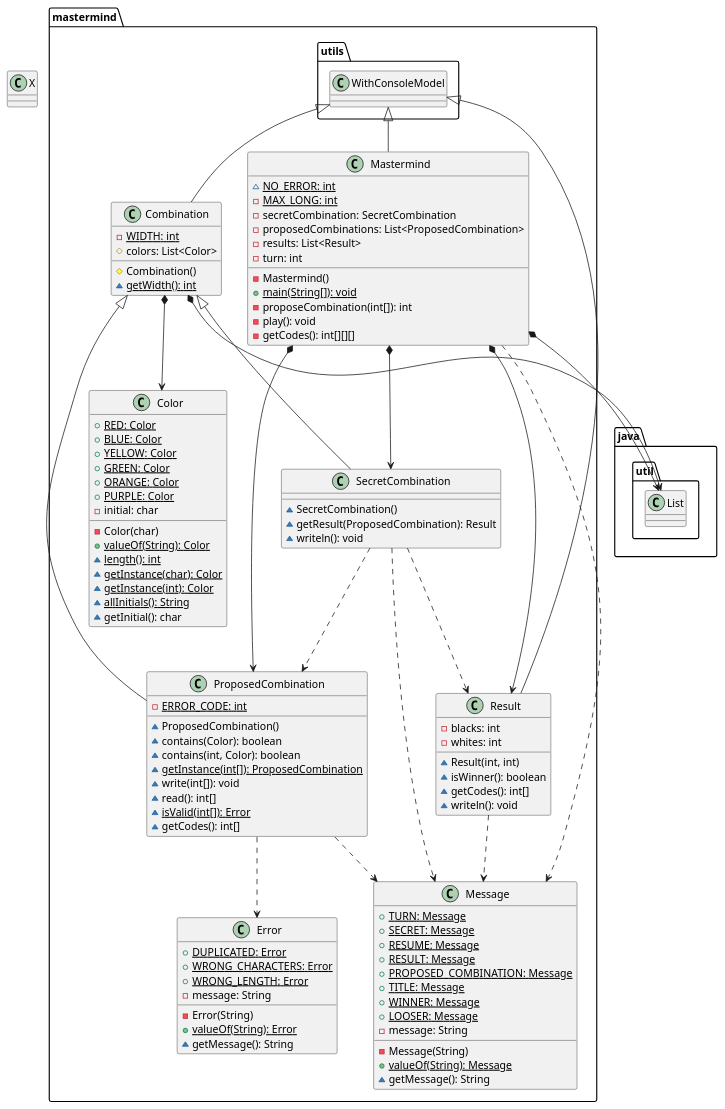
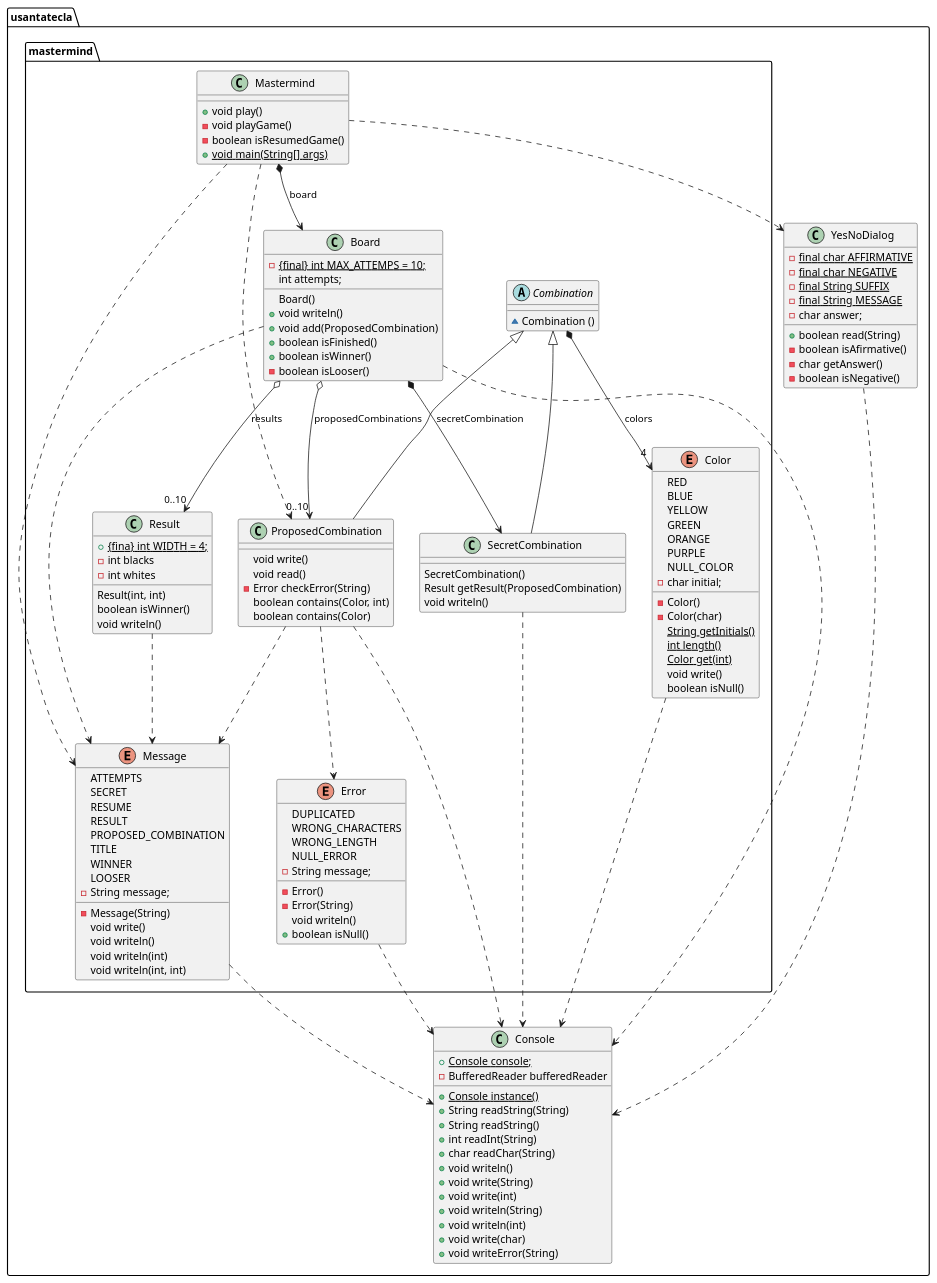
Before and after one commit to EscuelaIt/USantaTecla-game-mastermind-java: the second of 4 diagrams in docs/src/docs/asciidoc/index.adoc, drawn with PlantUML. The commit also changed other lines of this file and 8 other files, not shown here.

```diff
--- a/docs/src/docs/asciidoc/index.adoc
+++ b/docs/src/docs/asciidoc/index.adoc
@@ -50,114 +50,165 @@
 [plantuml,version1Mastermind,svg]
 ....
 
-class X
-
-class  mastermind.Color{
-+ {static} RED: Color
-+ {static} BLUE: Color
-+ {static} YELLOW: Color
-+ {static} GREEN: Color
-+ {static} ORANGE: Color
-+ {static} PURPLE: Color
-- initial: char
-- Color(char)
-+ {static} valueOf(String): Color
-~ {static} length(): int
-~ {static} getInstance(char): Color
-~ {static} getInstance(int): Color
-~ {static} allInitials(): String
-~ getInitial(): char
+package usantatecla.mastermind {
+class Mastermind {
+	+ void play()
+	- void playGame()
+	- boolean isResumedGame() 
+	+ {static} void main(String[] args)
 }
 
-class  mastermind.Combination{
-- {static} WIDTH: int
-# colors: List<Color>
-# Combination()
-~ {static} getWidth(): int
-}
-mastermind.utils.WithConsoleModel <|-down- mastermind.Combination
-mastermind.Combination *-down-> java.util.List
-mastermind.Combination *-down-> mastermind.Color
 
-class  mastermind.Error{
-+ {static} DUPLICATED: Error
-+ {static} WRONG_CHARACTERS: Error
-+ {static} WRONG_LENGTH: Error
-- message: String
-- Error(String)
-+ {static} valueOf(String): Error
-~ getMessage(): String
+class Board {
+  - {static} {final} int MAX_ATTEMPS = 10;
+  int attempts;
+  Board()
+  + void writeln()
+  + void add(ProposedCombination)
+  +  boolean isFinished()
+  + boolean isWinner()
+  - boolean isLooser()
 }
 
-class  mastermind.Mastermind{
-~ {static} NO_ERROR: int
-- {static} MAX_LONG: int
-- secretCombination: SecretCombination
-- proposedCombinations: List<ProposedCombination>
-- results: List<Result>
-- turn: int
-- Mastermind()
-+ {static} main(String[]): void
-- proposeCombination(int[]): int
-- play(): void
-- getCodes(): int[][][]
-}
-mastermind.utils.WithConsoleModel <|-down- mastermind.Mastermind
-mastermind.Mastermind *-down-> java.util.List
-mastermind.Mastermind *-down-> mastermind.ProposedCombination
-mastermind.Mastermind *-down-> mastermind.Result
-mastermind.Mastermind *-down-> mastermind.SecretCombination
-mastermind.Mastermind ..> mastermind.Message
-
-class  mastermind.Message{
-+ {static} TURN: Message
-+ {static} SECRET: Message
-+ {static} RESUME: Message
-+ {static} RESULT: Message
-+ {static} PROPOSED_COMBINATION: Message
-+ {static} TITLE: Message
-+ {static} WINNER: Message
-+ {static} LOOSER: Message
-- message: String
-- Message(String)
-+ {static} valueOf(String): Message
-~ getMessage(): String
+abstract class Combination {
+	~ Combination ()
 }
 
-class  mastermind.ProposedCombination{
-- {static} ERROR_CODE: int
-~ ProposedCombination()
-~ contains(Color): boolean
-~ contains(int, Color): boolean
-~ {static} getInstance(int[]): ProposedCombination
-~ write(int[]): void
-~ read(): int[]
-~ {static} isValid(int[]): Error
-~ getCodes(): int[]
+class SecretCombination {
+	SecretCombination() 
+	Result getResult(ProposedCombination)
+	void writeln()
 }
-mastermind.Combination <|-down- mastermind.ProposedCombination
-mastermind.ProposedCombination ..> mastermind.Error
-mastermind.ProposedCombination ..> mastermind.Message
+  
+class ProposedCombination {
+void write()
+	void read() 
+	- Error checkError(String)
+	boolean contains(Color, int) 
+	boolean contains(Color) 
+}
+  
+class Result{
++ {static} {fina} int WIDTH = 4;
+	- int blacks
+	- int whites
+	Result(int, int) 
+	boolean isWinner() 
+	void writeln() 
+}
 
-class  mastermind.Result{
-- blacks: int
-- whites: int
-~ Result(int, int)
-~ isWinner(): boolean
-~ getCodes(): int[]
-~ writeln(): void
+enum Color {
+	RED
+	BLUE
+	YELLOW
+	GREEN
+	ORANGE
+	PURPLE
+	NULL_COLOR
+	- char initial;
+	- Color() 
+	- Color(char)
+	{static} String getInitials()
+	{static} int length() 
+	{static} Color get(int)
+	void write()
+	boolean isNull()
 }
-mastermind.utils.WithConsoleModel <|-down- mastermind.Result
-mastermind.Result ..> mastermind.Message
 
-class  mastermind.SecretCombination{
-~ SecretCombination()
-~ getResult(ProposedCombination): Result
-~ writeln(): void
+enum Error {
+	DUPLICATED
+	WRONG_CHARACTERS
+	WRONG_LENGTH
+	NULL_ERROR
+	- String message;
+	- Error()
+	- Error(String) 
+	void writeln()
+	+ boolean isNull()
+	
 }
-mastermind.Combination <|-down- mastermind.SecretCombination
-mastermind.SecretCombination ..> mastermind.ProposedCombination
-mastermind.SecretCombination ..> mastermind.Result
-mastermind.SecretCombination ..> mastermind.Message
+
+enum Message {
+	ATTEMPTS
+	SECRET 
+	RESUME
+	RESULT
+	PROPOSED_COMBINATION
+	TITLE
+	WINNER
+	LOOSER
+	- String message;
+	- Message(String)
+	void write()
+	void writeln() 
+	void writeln(int)
+	void writeln(int, int)
+}
+
+
+
+Mastermind *-down-> Board : board
+Mastermind .down.> ProposedCombination
+Board *-down-> SecretCombination : secretCombination
+Board o-down-> "0..10" ProposedCombination : proposedCombinations
+Board o-down-> "0..10" Result : results
+
+Combination *-down-> "4" Color : colors
+Combination <|-down- SecretCombination
+Combination <|-down- ProposedCombination
+ProposedCombination .down.> Error
+
+
+Mastermind .down.> Message
+Board .down.> Message
+ProposedCombination .down.> Message
+Result .down.> Message
+  
+}
+
+package usantatecla {
+
+class Console {
+
+	+ {static} Console console;
+	+ {static} Console instance()
+	- BufferedReader bufferedReader
+	+ String readString(String)
+	+ String readString()
+	+ int readInt(String)
+	+ char readChar(String)
+	+ void writeln()
+	+ void write(String) 
+	+ void write(int)
+	+ void writeln(String)
+	+ void writeln(int)
+	+ void write(char)
+	+ void writeError(String)
+}
+
+class YesNoDialog {
+
+	- {static} final char AFFIRMATIVE
+	- {static} final char NEGATIVE
+	- {static} final String SUFFIX
+	- {static} final String MESSAGE 
+	- char answer;
+	+ boolean read(String)
+	- boolean isAfirmative()
+	- char getAnswer()
+	- boolean isNegative()
+
+}
+
+}
+
+YesNoDialog .down.> Console
+Board .down.> Console
+Color .down.> Console
+Error .down.> Console
+Message .down.> Console
+ProposedCombination .down.> Console
+SecretCombination .down.> Console
+Mastermind .down.> YesNoDialog
 
 ....
```
